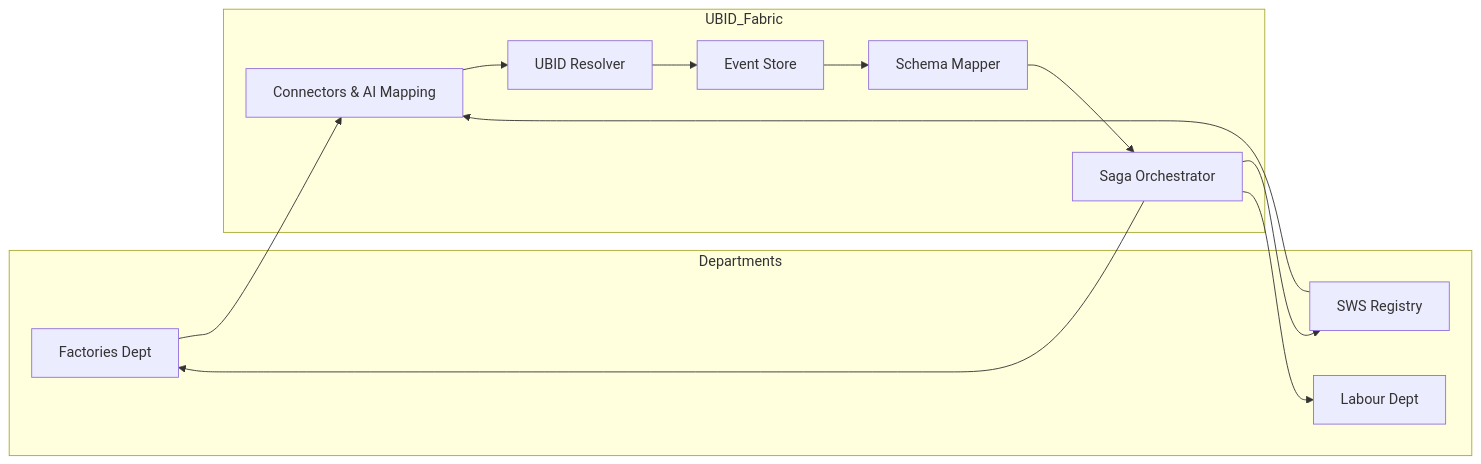
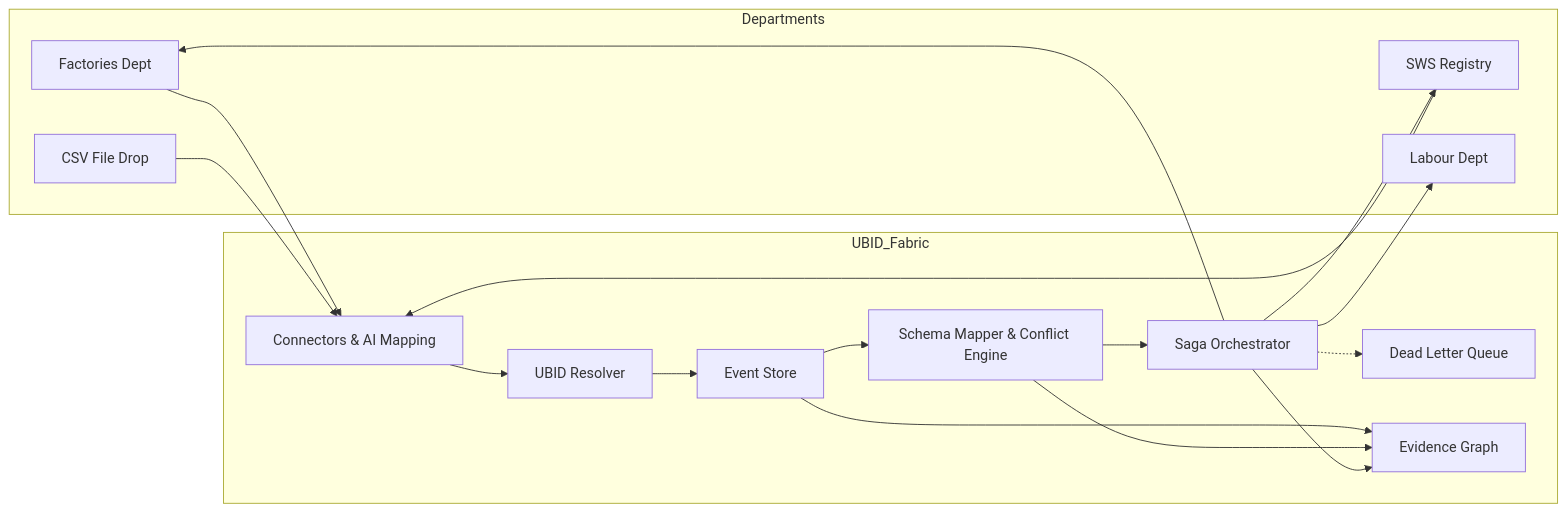
One commit to Omnifex-Agency/UBID-Fabric changed the diagram in ARCHITECTURE.md. Above: the diagram before and after it, drawn with Mermaid. The commit also changed other lines of this file and 11 other files, not shown here.

````diff
--- a/ARCHITECTURE.md
+++ b/ARCHITECTURE.md
@@ -38,26 +72,34 @@
 ```mermaid
 graph LR
     subgraph Departments
         D1[Factories Dept]
         D2[SWS Registry]
         D3[Labour Dept]
+        D4[CSV File Drop]
     end
 
     subgraph UBID_Fabric
         L1[Connectors & AI Mapping]
         L2[UBID Resolver]
         L3[Event Store]
-        L4[Schema Mapper]
+        L4[Schema Mapper & Conflict Engine]
         L5[Saga Orchestrator]
+        DLQ[Dead Letter Queue]
+        EG[Evidence Graph]
     end
 
     D1 --> L1
     D2 --> L1
+    D4 --> L1
     L1 --> L2
     L2 --> L3
     L3 --> L4
     L4 --> L5
     L5 --> D1
     L5 --> D2
     L5 --> D3
+    L5 -.-> DLQ
+    L3 --> EG
+    L4 --> EG
+    L5 --> EG
 ```
````
